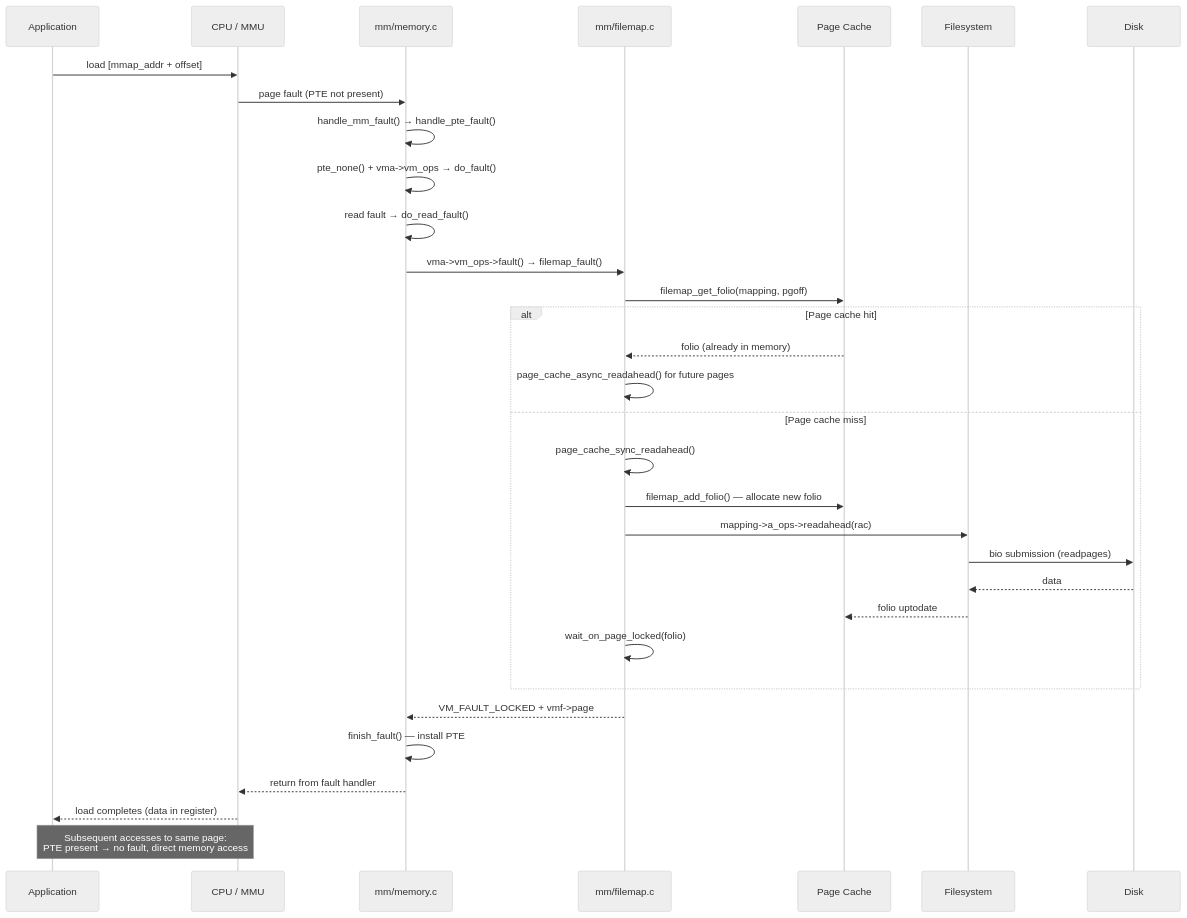
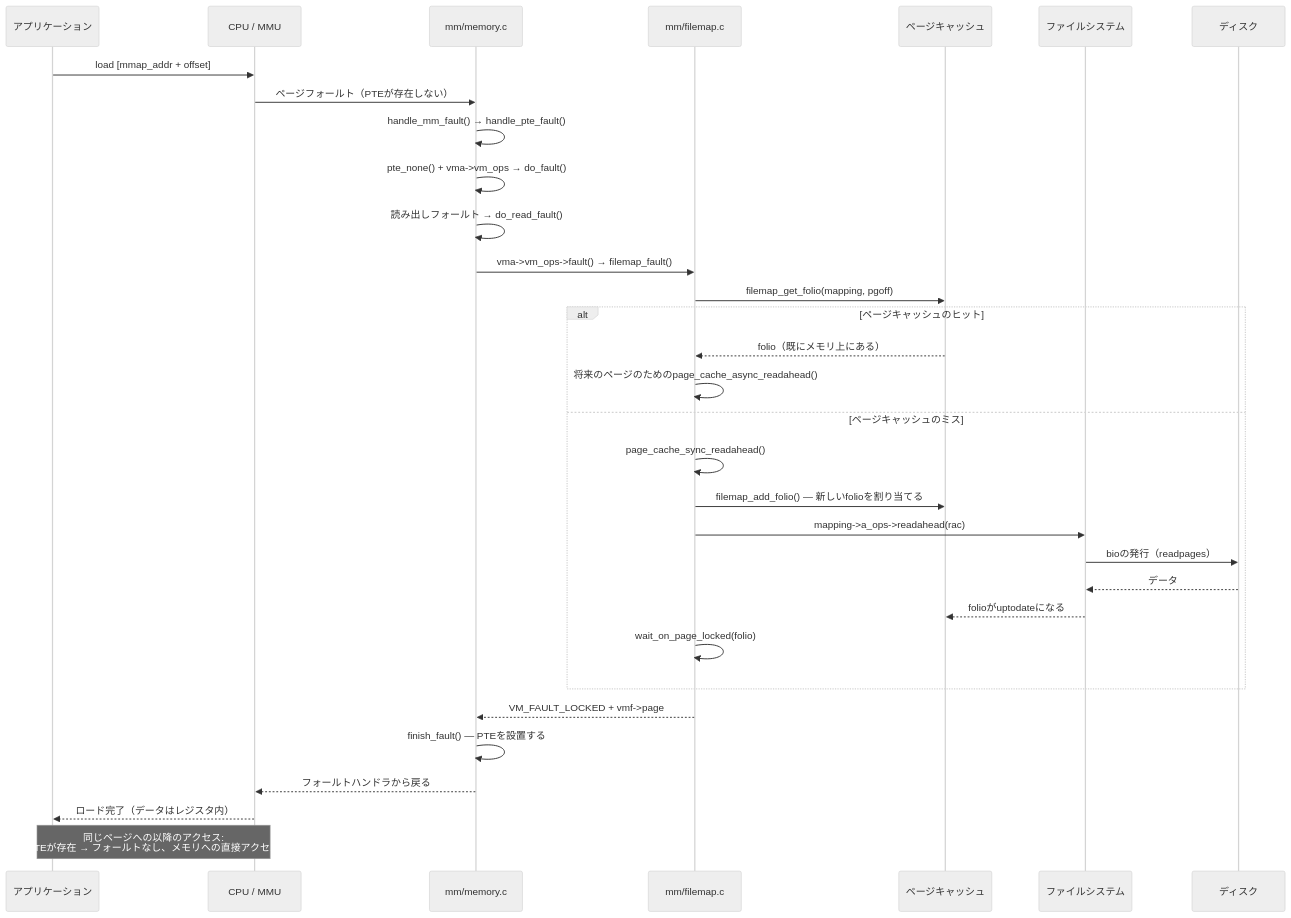
The diagram in docs/io/mmap-io.md (doguto/linux-kernel-internals-jp), drawn with Mermaid (neutral theme) before and after one commit. The commit also changed other lines of this file and 18 other files, not shown here.

````diff
--- a/docs/io/mmap-io.md
+++ b/docs/io/mmap-io.md
@@ -160,36 +160,36 @@
 ```mermaid
 sequenceDiagram
-    participant App as Application
+    participant App as アプリケーション
     participant CPU as CPU / MMU
     participant KMM as mm/memory.c
     participant KFM as mm/filemap.c
-    participant PC  as Page Cache
-    participant FS  as Filesystem
-    participant Disk as Disk
+    participant PC  as ページキャッシュ
+    participant FS  as ファイルシステム
+    participant Disk as ディスク
 
     App->>CPU: load [mmap_addr + offset]
-    CPU->>KMM: page fault (PTE not present)
+    CPU->>KMM: ページフォールト（PTEが存在しない）
     KMM->>KMM: handle_mm_fault() → handle_pte_fault()
     KMM->>KMM: pte_none() + vma->vm_ops → do_fault()
-    KMM->>KMM: read fault → do_read_fault()
+    KMM->>KMM: 読み出しフォールト → do_read_fault()
     KMM->>KFM: vma->vm_ops->fault() → filemap_fault()
     KFM->>PC: filemap_get_folio(mapping, pgoff)
-    alt Page cache hit
-        PC-->>KFM: folio (already in memory)
-        KFM->>KFM: page_cache_async_readahead() for future pages
-    else Page cache miss
+    alt ページキャッシュのヒット
+        PC-->>KFM: folio（既にメモリ上にある）
+        KFM->>KFM: 将来のページのためのpage_cache_async_readahead()
+    else ページキャッシュのミス
         KFM->>KFM: page_cache_sync_readahead()
-        KFM->>PC: filemap_add_folio() — allocate new folio
+        KFM->>PC: filemap_add_folio() — 新しいfolioを割り当てる
         KFM->>FS: mapping->a_ops->readahead(rac)
-        FS->>Disk: bio submission (readpages)
-        Disk-->>FS: data
-        FS-->>PC: folio uptodate
+        FS->>Disk: bioの発行（readpages）
+        Disk-->>FS: データ
+        FS-->>PC: folioがuptodateになる
         KFM->>KFM: wait_on_page_locked(folio)
     end
     KFM-->>KMM: VM_FAULT_LOCKED + vmf->page
-    KMM->>KMM: finish_fault() — install PTE
-    KMM-->>CPU: return from fault handler
-    CPU-->>App: load completes (data in register)
+    KMM->>KMM: finish_fault() — PTEを設置する
+    KMM-->>CPU: フォールトハンドラから戻る
+    CPU-->>App: ロード完了（データはレジスタ内）
 
-    Note over App,CPU: Subsequent accesses to same page:<br/>PTE present → no fault, direct memory access
+    Note over App,CPU: 同じページへの以降のアクセス:<br/>PTEが存在 → フォールトなし、メモリへの直接アクセス
 ```
````
